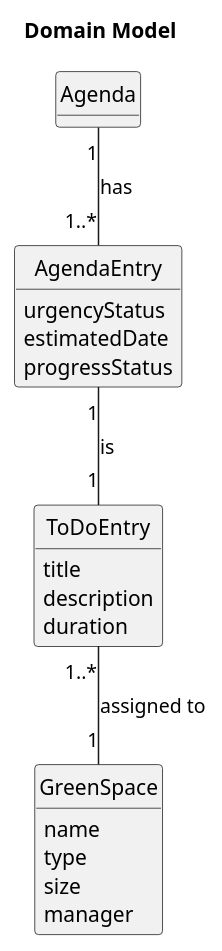
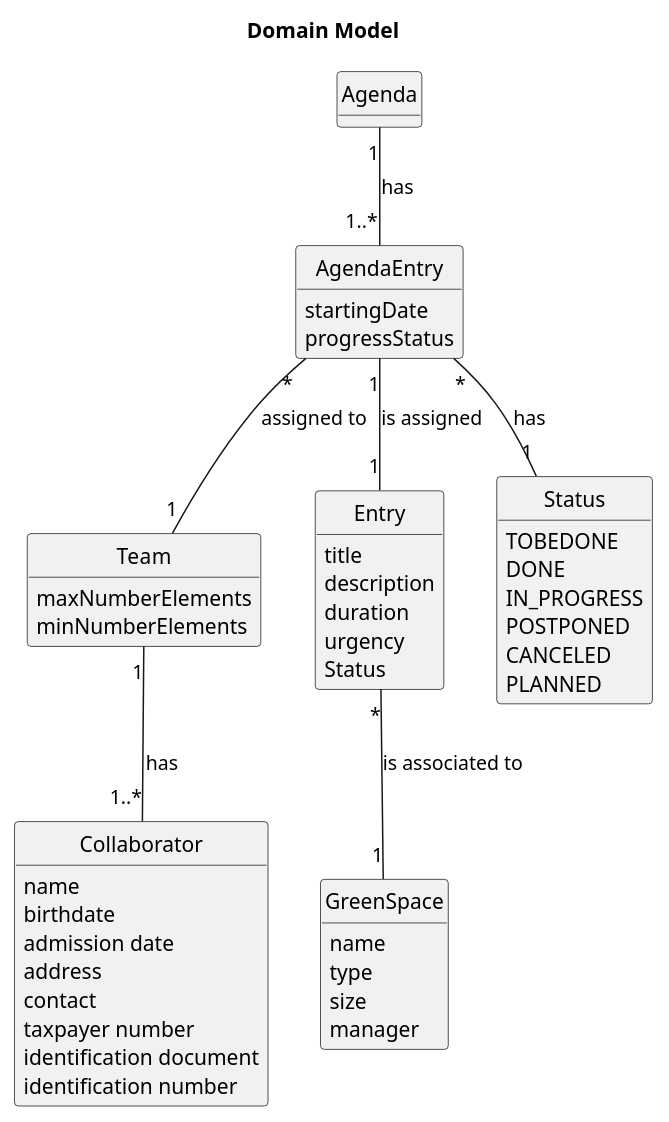
Before and after one commit to RicardoMorim/lapr2-ISEP-Project: the diagram in docs/sprintC/us024/02.analysis/puml/024-domain-model.puml, drawn with PlantUML. The commit also changed 9 other files, not shown here.

```diff
--- a/docs/sprintC/us024/02.analysis/puml/024-domain-model.puml
+++ b/docs/sprintC/us024/02.analysis/puml/024-domain-model.puml
@@ -1,34 +1,66 @@
 @startuml
 
 title Domain Model
 
 hide methods
 hide circle
 
 class Agenda {
 }
 
 class AgendaEntry {
-  urgencyStatus
-  estimatedDate
+  startingDate
   progressStatus
-}
-
-class ToDoEntry {
-  title
-  description
-  duration
 }
 
 class GreenSpace {
   name
   type
   size
   manager
 }
 
+class Team {
+  maxNumberElements
+  minNumberElements
+}
+
+class Entry {
+  title
+  description
+  duration
+  urgency
+  Status
+}
+
+class Collaborator {
+    name
+    birthdate
+    admission date
+    address
+    contact
+    taxpayer number
+    identification document
+    identification number
+}
+
+
+class Status {
+    TOBEDONE
+    DONE
+    IN_PROGRESS
+    POSTPONED
+    CANCELED
+    PLANNED
+
+}
+
+
+AgendaEntry "*" --"1" Status : has
 Agenda "1" -- "1..*" AgendaEntry : has
-AgendaEntry "1" -- "1" ToDoEntry : is
-ToDoEntry "1..*" -- "1" GreenSpace : assigned to
+Entry "*" -- "1" GreenSpace : is associated to
+AgendaEntry "*" -- "1" Team : assigned to
+AgendaEntry "1" -- "1" Entry : is assigned
+Team "1" -- "1..*" Collaborator : has
 
 @enduml
```
